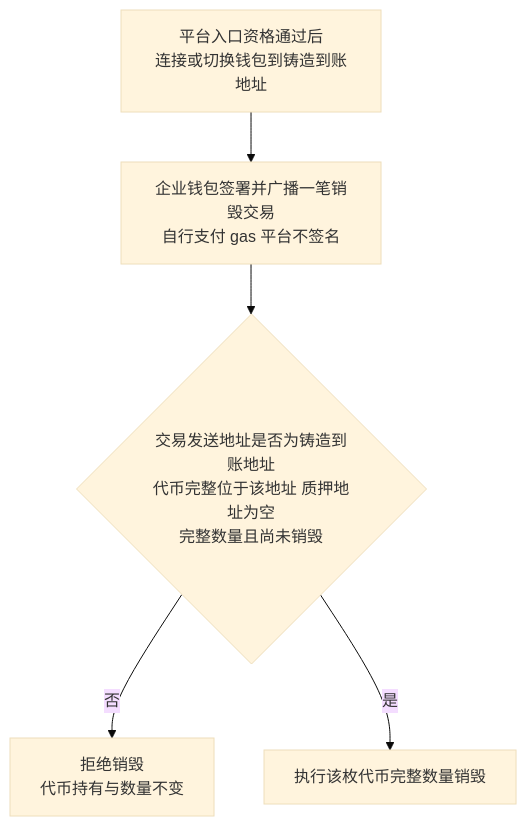
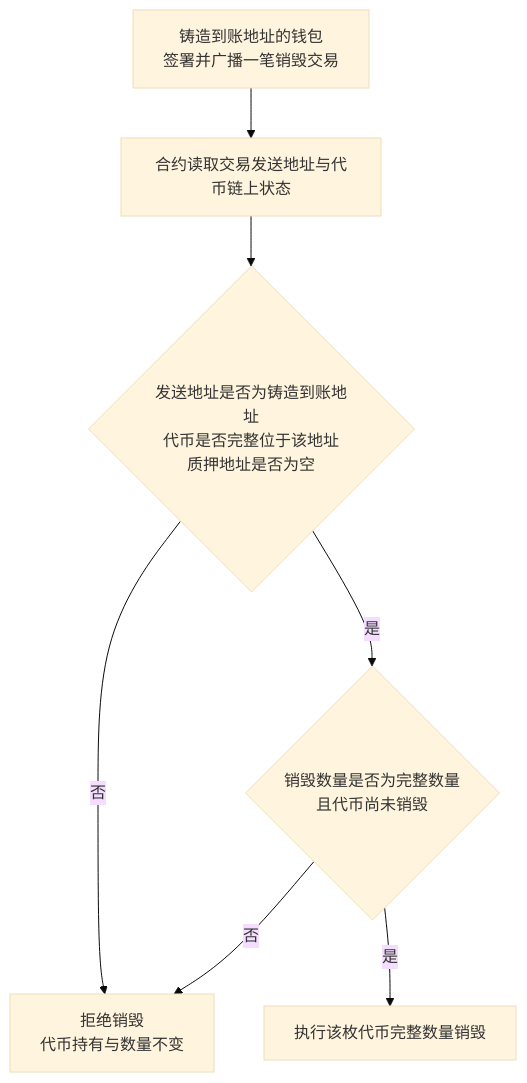
The fifth of 6 diagrams in token-issuance-platform/PRD/管理端/M6-合约管理/02-合约管理-流程图与状态机.md (wxblockchain/Chain-Financing), drawn with Mermaid (base theme) before and after one commit. The commit also changed other lines of this file and 2 other files, not shown here.

````diff
--- a/token-issuance-platform/PRD/管理端/M6-合约管理/02-合约管理-流程图与状态机.md
+++ b/token-issuance-platform/PRD/管理端/M6-合约管理/02-合约管理-流程图与状态机.md
@@ -110,7 +103,9 @@
 ```mermaid
 flowchart TD
-    A[平台入口资格通过后<br/>连接或切换钱包到铸造到账地址] --> C[企业钱包签署并广播一笔销毁交易<br/>自行支付 gas 平台不签名]
-    C --> D{交易发送地址是否为铸造到账地址<br/>代币完整位于该地址 质押地址为空<br/>完整数量且尚未销毁}
-    D -->|否| E[拒绝销毁<br/>代币持有与数量不变]
+    A[铸造到账地址的钱包<br/>签署并广播一笔销毁交易] --> B[合约读取交易发送地址与代币链上状态]
+    B --> C{发送地址是否为铸造到账地址<br/>代币是否完整位于该地址<br/>质押地址是否为空}
+    C -->|否| E[拒绝销毁<br/>代币持有与数量不变]
+    C -->|是| D{销毁数量是否为完整数量<br/>且代币尚未销毁}
+    D -->|否| E
     D -->|是| F[执行该枚代币完整数量销毁]
 ```
````
